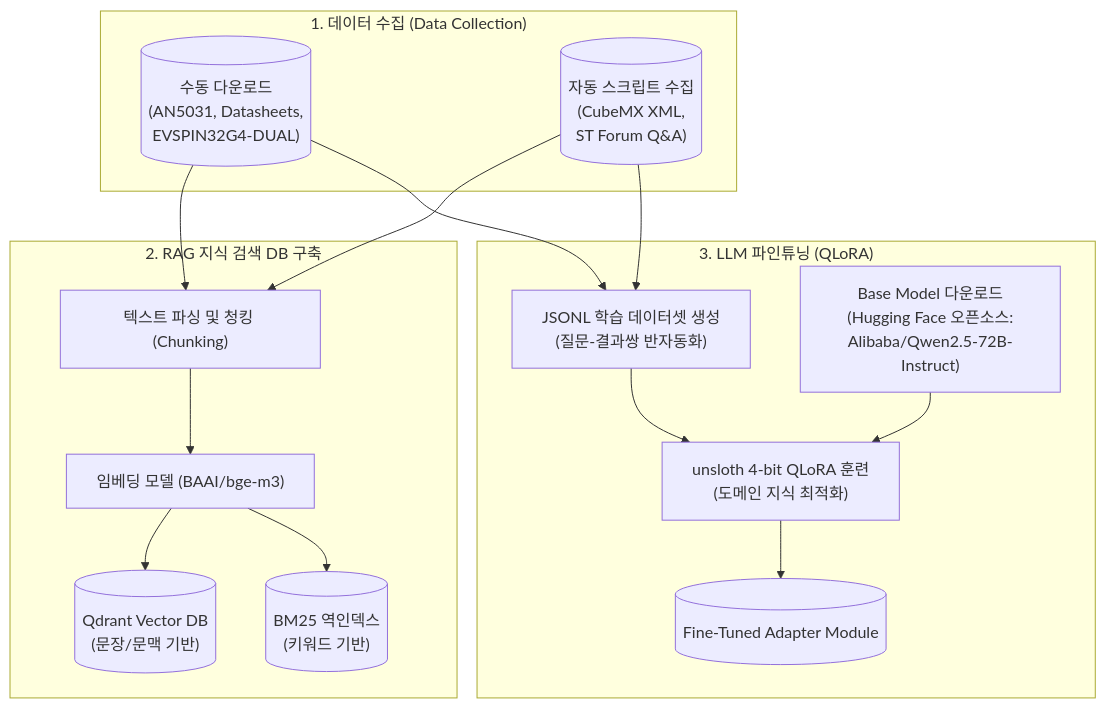
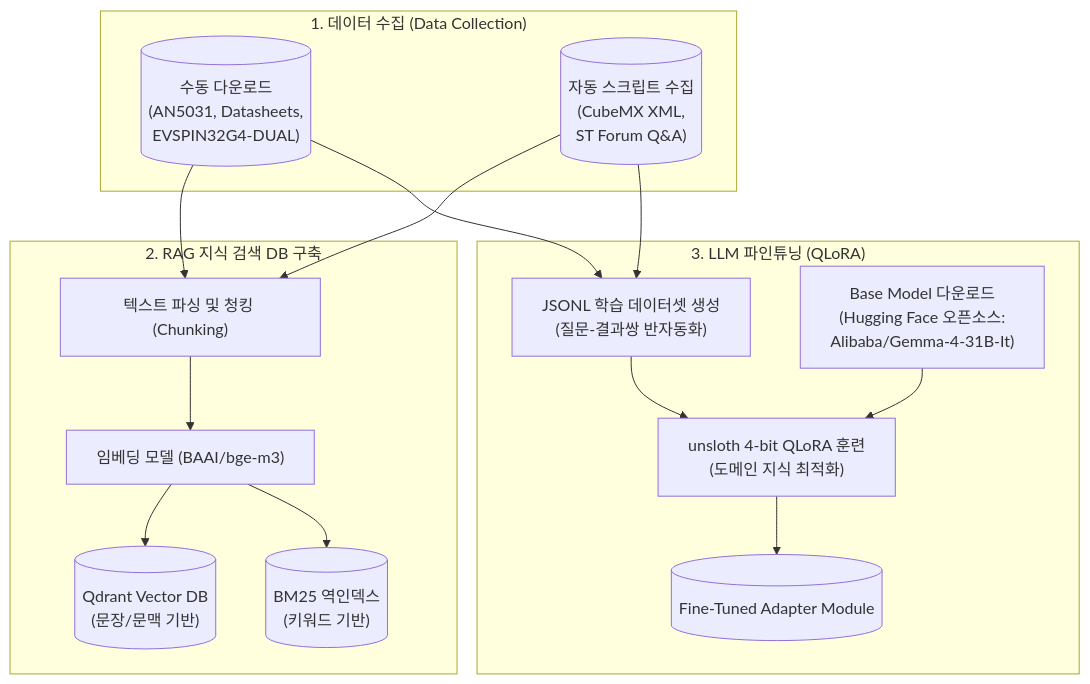
The first of 2 diagrams in work/step1_agent_plan.md (younlea/MotorDriveForge), drawn with Mermaid before and after one commit. The commit also changed other lines of this file and 8 other files, not shown here.

Commit message:
refactor: Migrate all system configuration and workflow documents from Qwen2.5 to Gemma-4

````diff
--- a/work/step1_agent_plan.md
+++ b/work/step1_agent_plan.md
@@ -138,36 +138,36 @@
 ```mermaid
 flowchart TD
     %% 데이터 수집 병렬 파이프라인
     subgraph DataCollection["1. 데이터 수집 (Data Collection)"]
         A_Manual[("수동 다운로드\n(AN5031, Datasheets,\nEVSPIN32G4-DUAL)")]
         A_Script[("자동 스크립트 수집\n(CubeMX XML,\nST Forum Q&A)")]
     end
 
     %% RAG 체계 구축
     subgraph RAG_Pipeline["2. RAG 지식 검색 DB 구축"]
         B1["텍스트 파싱 및 청킹 (Chunking)"]
         B2["임베딩 모델 (BAAI/bge-m3)"]
         B3[("Qdrant Vector DB\n(문장/문맥 기반)")]
         B4[("BM25 역인덱스\n(키워드 기반)")]
         
         A_Manual --> B1
         A_Script --> B1
         B1 --> B2
         B2 --> B3
         B2 --> B4
     end
 
     %% 파인튜닝 파이프라인
     subgraph FineTuning["3. LLM 파인튜닝 (QLoRA)"]
         C1["JSONL 학습 데이터셋 생성\n(질문-결과쌍 반자동화)"]
-        C2["Base Model 다운로드\n(Hugging Face 오픈소스:\nAlibaba/Qwen2.5-72B-Instruct)"]
+        C2["Base Model 다운로드\n(Hugging Face 오픈소스:\nAlibaba/Gemma-4-31B-It)"]
         C3["unsloth 4-bit QLoRA 훈련\n(도메인 지식 최적화)"]
         C4[("Fine-Tuned Adapter Module")]
         
         A_Script --> C1
         A_Manual --> C1
         C2 --> C3
         C1 --> C3
         C3 --> C4
     end
 ```
````
